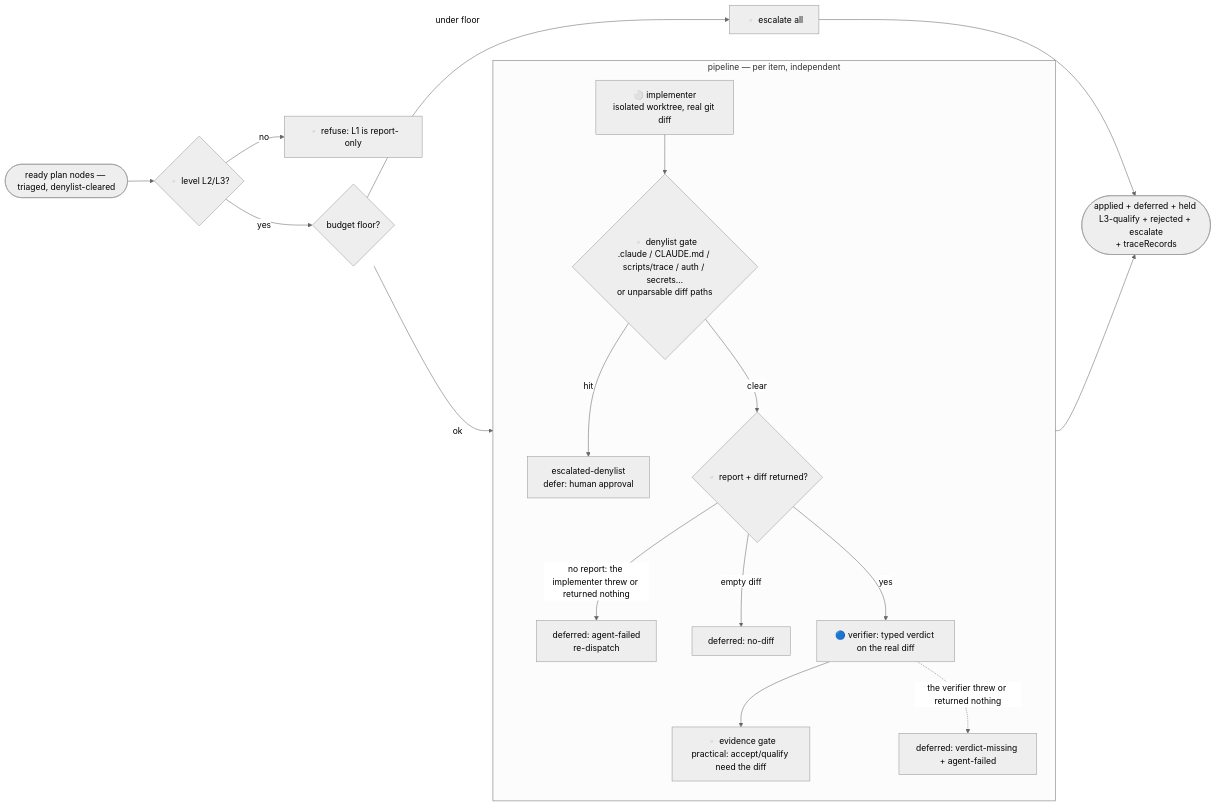
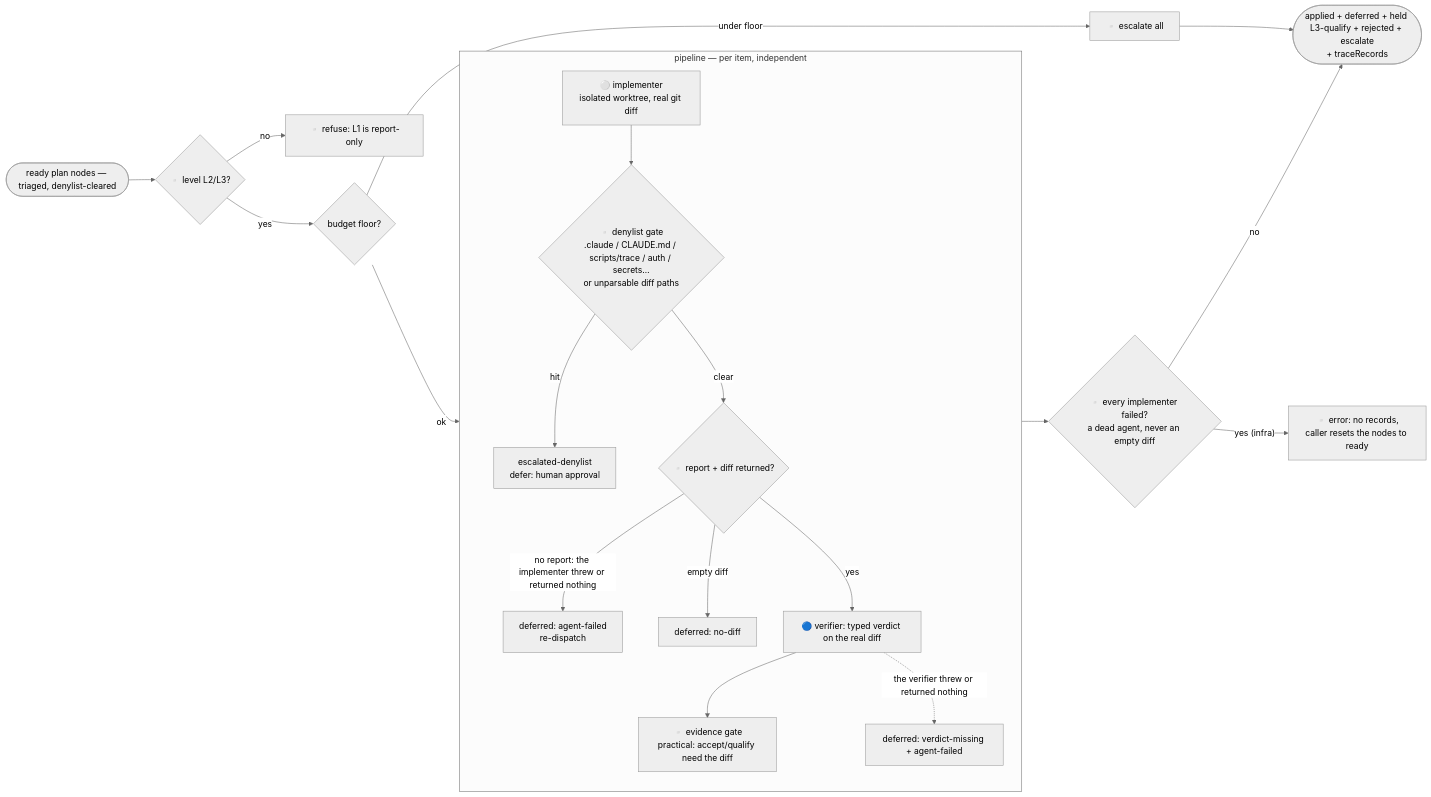
One commit to dominno/loop-setup changed the sixth of 7 diagrams in docs/workflow-graphs.md. Above: the diagram before and after it, drawn with Mermaid (neutral theme). The commit also changed other lines of this file and 21 other files, not shown here.

````diff
--- a/docs/workflow-graphs.md
+++ b/docs/workflow-graphs.md
@@ -150,20 +173,22 @@
 ```mermaid
 flowchart LR
   items([ready plan nodes — triaged, denylist-cleared]) --> lvl{▫️ level L2/L3?}
   lvl -- no --> err[▫️ refuse: L1 is report-only]
   lvl -- yes --> budget{budget floor?}
   budget -- "under floor" --> esc0[▫️ escalate all]
   budget -- ok --> P
   subgraph P["pipeline — per item, independent"]
     impl[⚪ implementer<br/>isolated worktree, real git diff] --> dl{▫️ denylist gate<br/>.claude / CLAUDE.md / scripts/trace / auth / secrets…<br/>or unparsable diff paths}
     dl -- hit --> escd[escalated-denylist<br/>defer: human approval]
     dl -- clear --> nd{▫️ report + diff returned?}
     nd -- "no report: the implementer threw or returned nothing" --> daf[deferred: agent-failed<br/>re-dispatch]
     nd -- "empty diff" --> dfr[deferred: no-diff]
     nd -- yes --> ver[🔵 verifier: typed verdict on the real diff]
     ver --> eg[▫️ evidence gate<br/>practical: accept/qualify need the diff]
     ver -.->|the verifier threw or returned nothing| vaf[deferred: verdict-missing + agent-failed]
   end
-  P --> out([applied + deferred + held L3-qualify + rejected + escalate<br/>+ traceRecords])
+  P --> allf{"▫️ every implementer failed?<br/>a dead agent, never an empty diff"}
+  allf -- no --> out([applied + deferred + held L3-qualify + rejected + escalate<br/>+ traceRecords])
+  allf -- "yes (infra)" --> erri[▫️ error: no records,<br/>caller resets the nodes to ready]
   esc0 --> out
 ```
````
